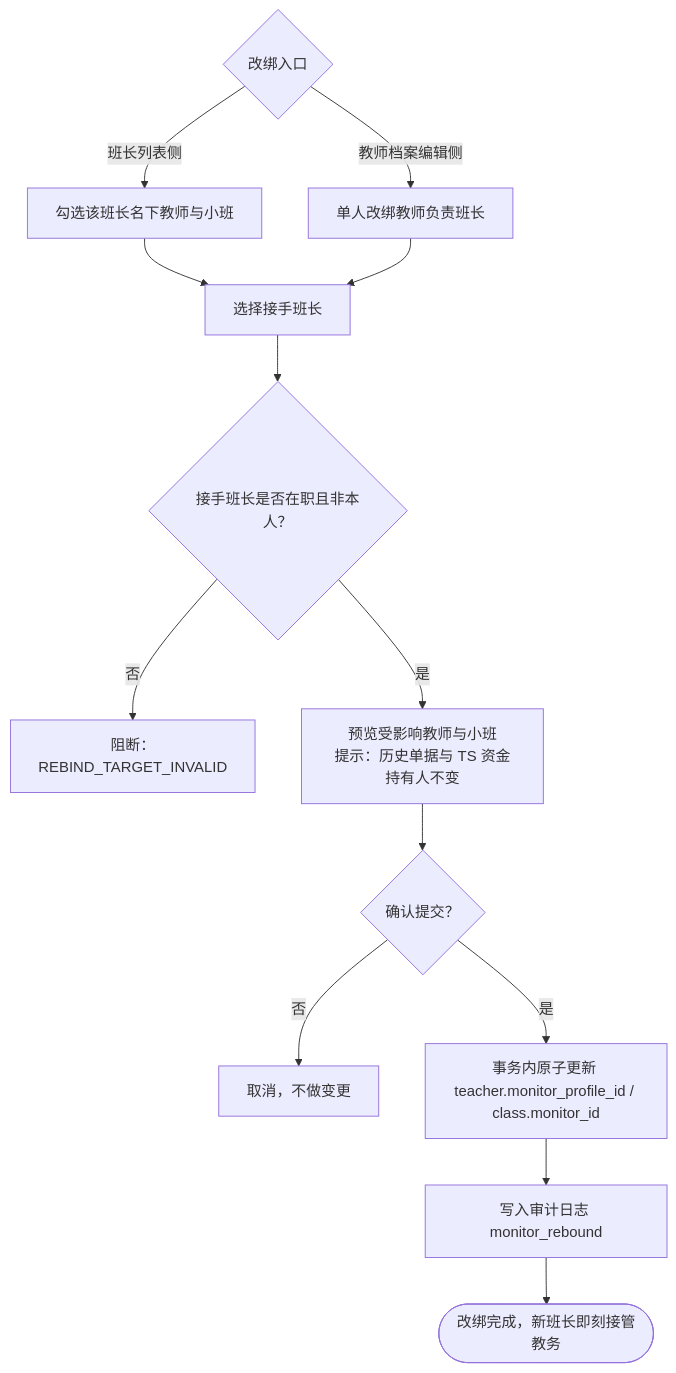
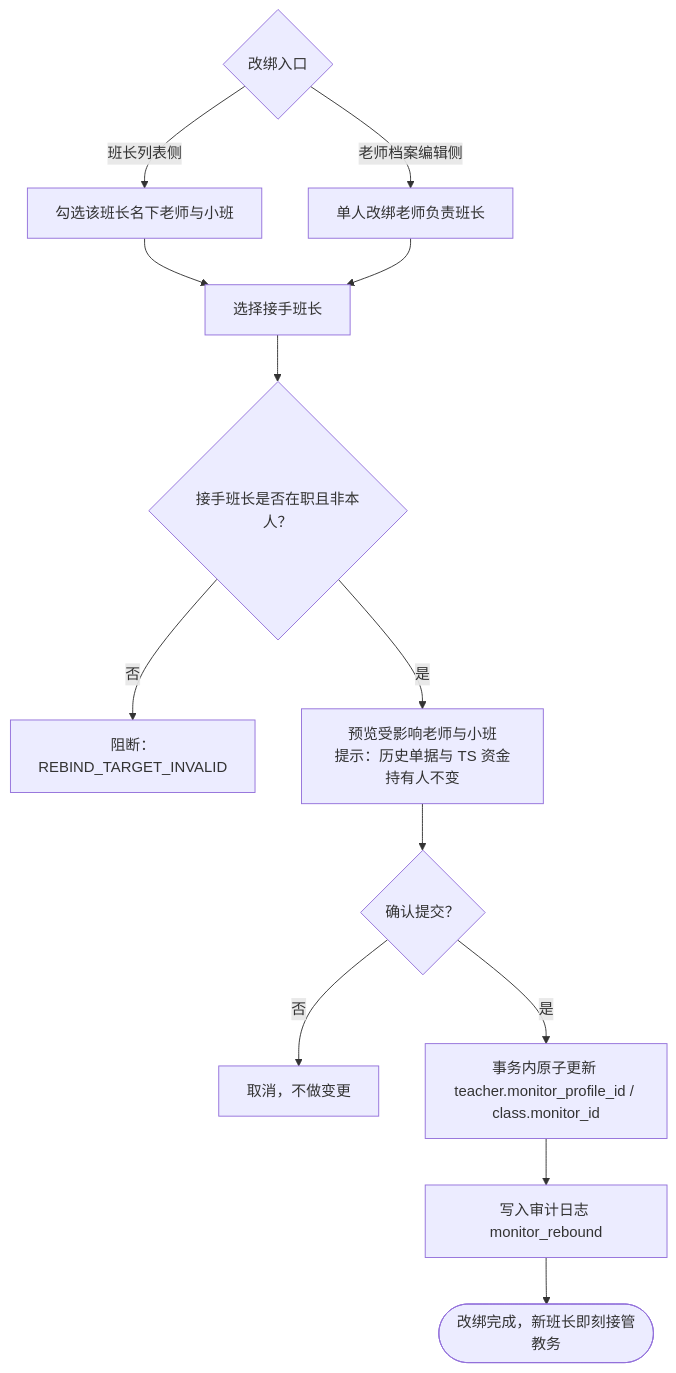
Before and after one commit to Onezao/dream: the third of 7 diagrams in docs/prd/m1b_teacher_profile.md, drawn with Mermaid. The commit also changed other lines of this file and 37 other files, not shown here.

````diff
--- a/docs/prd/m1b_teacher_profile.md
+++ b/docs/prd/m1b_teacher_profile.md
@@ -107,16 +107,16 @@
 ```mermaid
 flowchart TD
     Entry{"改绑入口"}
-    Entry -->|"班长列表侧"| Bulk["勾选该班长名下教师与小班"]
-    Entry -->|"教师档案编辑侧"| Single["单人改绑教师负责班长"]
+    Entry -->|"班长列表侧"| Bulk["勾选该班长名下老师与小班"]
+    Entry -->|"老师档案编辑侧"| Single["单人改绑老师负责班长"]
     Bulk --> Pick["选择接手班长"]
     Single --> Pick
     Pick --> Valid{"接手班长是否在职且非本人？"}
     Valid -->|"否"| Err["阻断：REBIND_TARGET_INVALID"]
-    Valid -->|"是"| Preview["预览受影响教师与小班<br/>提示：历史单据与 TS 资金持有人不变"]
+    Valid -->|"是"| Preview["预览受影响老师与小班<br/>提示：历史单据与 TS 资金持有人不变"]
     Preview --> Confirm{"确认提交？"}
     Confirm -->|"否"| Cancel["取消，不做变更"]
     Confirm -->|"是"| Tx["事务内原子更新 teacher.monitor_profile_id / class.monitor_id"]
     Tx --> Audit["写入审计日志 monitor_rebound"]
     Audit --> Done(["改绑完成，新班长即刻接管教务"])
 ```
````
